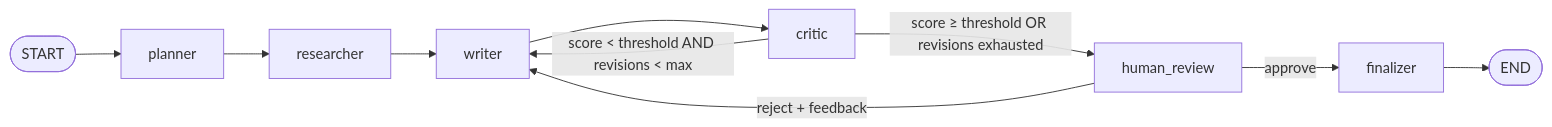
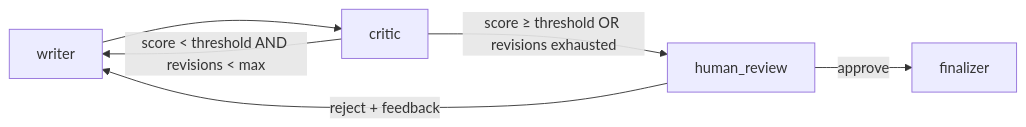
The second of 2 diagrams in docs/ARCHITECTURE.md (hassanmansour-dev/ProofLine), drawn with Mermaid before and after one commit. The commit also changed other lines of this file and 6 other files, not shown here.

First line of the commit message:
docs: README, plan, architecture and agent docs for the two-package Week 1

````diff
--- a/docs/ARCHITECTURE.md
+++ b/docs/ARCHITECTURE.md
@@ -17,12 +41,8 @@
 ```mermaid
 flowchart LR
-    START([START]) --> planner
-    planner --> researcher
-    researcher --> writer
     writer --> critic
     critic -- "score < threshold AND revisions < max" --> writer
     critic -- "score ≥ threshold OR revisions exhausted" --> human_review
     human_review -- "reject + feedback" --> writer
     human_review -- approve --> finalizer
-    finalizer --> END([END])
 ```
````
